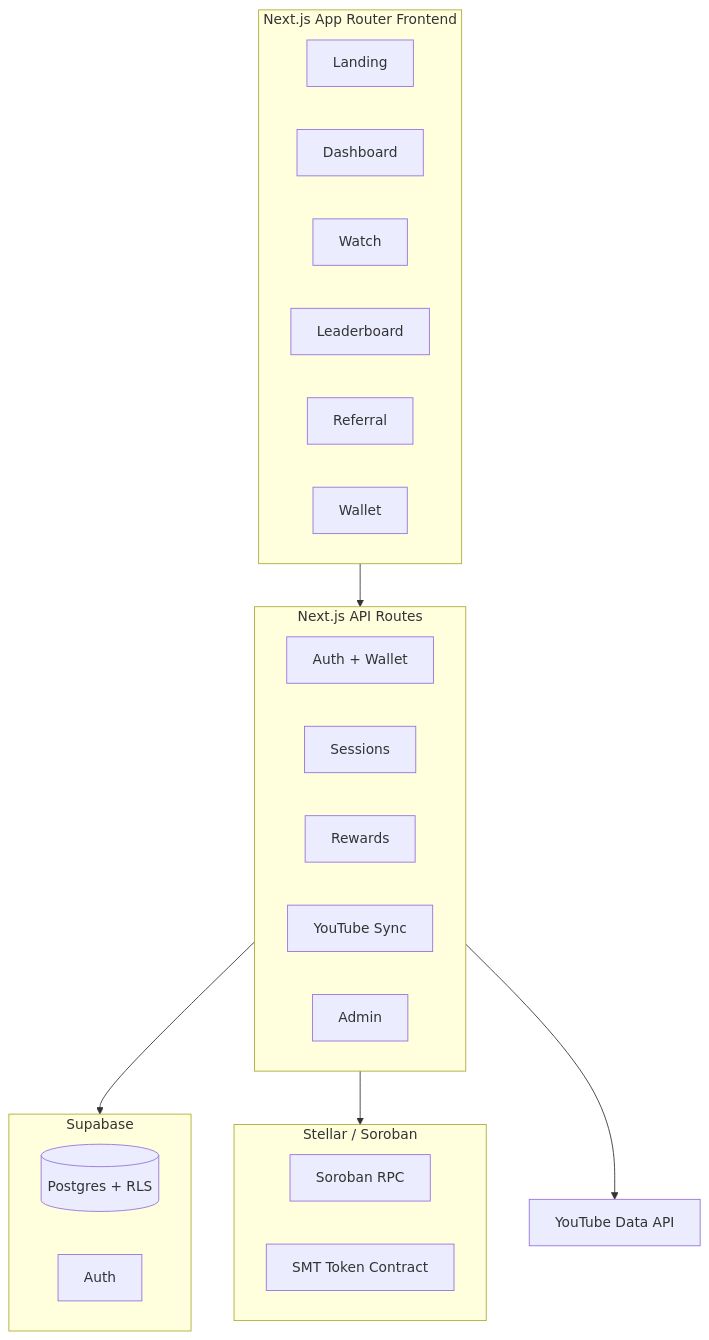
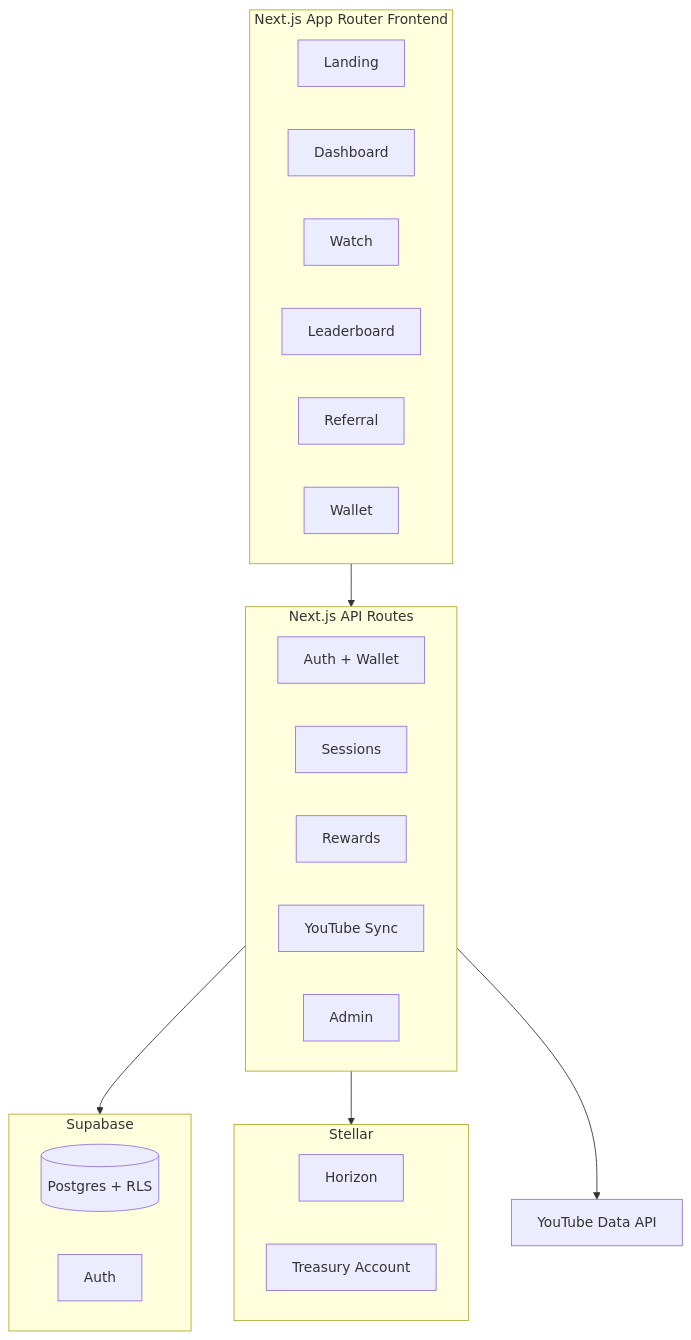
Before and after one commit to artomily/samono: the third of 4 diagrams in README.md, drawn with Mermaid. The commit also changed other lines of this file and 34 other files, not shown here.

````diff
--- a/README.md
+++ b/README.md
@@ -94,36 +94,36 @@
 ```mermaid
 flowchart TB
 	subgraph Frontend[Next.js App Router Frontend]
 		LP[Landing]
 		DB[Dashboard]
 		WT[Watch]
 		LB[Leaderboard]
 		RF[Referral]
 		WL[Wallet]
 	end
 
 	subgraph API[Next.js API Routes]
 		AUTH[Auth + Wallet]
 		SES[Sessions]
 		REW[Rewards]
 		YTS[YouTube Sync]
 		ADM[Admin]
 	end
 
 	subgraph Data[Supabase]
 		PG[(Postgres + RLS)]
 		AU[Auth]
 	end
 
-	subgraph Chain[Stellar / Soroban]
-		RPC[Soroban RPC]
-		TOK[SMT Token Contract]
+	subgraph Chain[Stellar]
+		HZ[Horizon]
+		TR[Treasury Account]
 	end
 
 	YT[YouTube Data API]
 
 	Frontend --> API
 	API --> Data
 	API --> Chain
 	API --> YT
 ```
````
